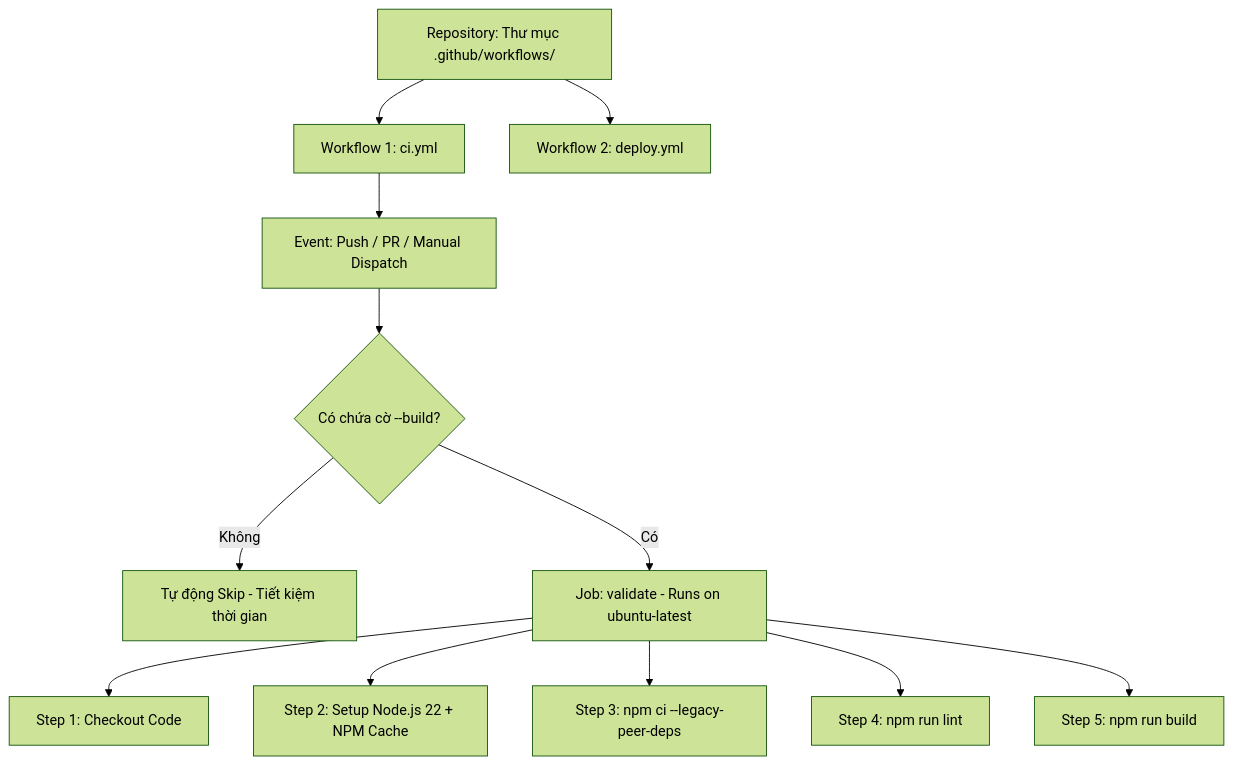
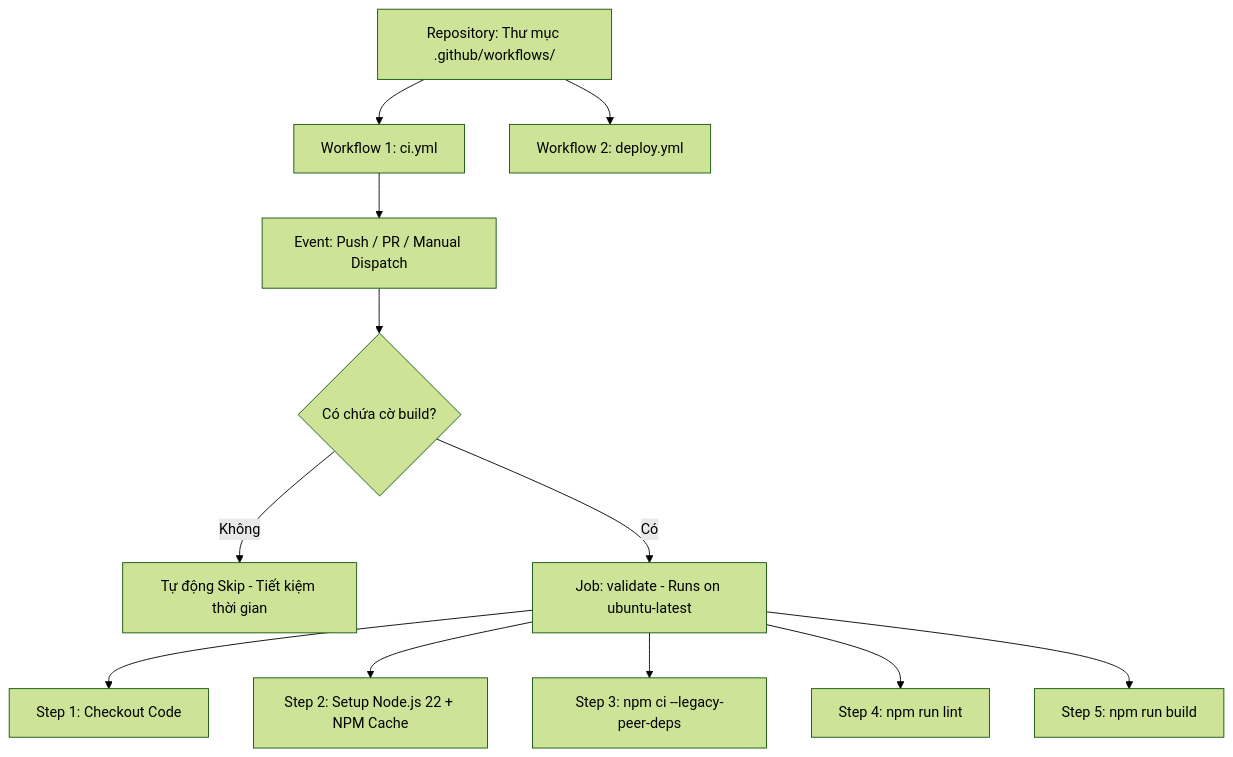
One commit to congphu97/dev-blog-client-2.0 changed the second of 4 diagrams in dev-blog-client/docs/CI_CD_GITHUB_ACTIONS.md. Above: the diagram before and after it, drawn with Mermaid (forest theme). The commit also changed other lines of this file and 1 other file, not shown here.

Commit message:
fix(docs): fix Mermaid diagram syntax errors in documentation

````diff
--- a/dev-blog-client/docs/CI_CD_GITHUB_ACTIONS.md
+++ b/dev-blog-client/docs/CI_CD_GITHUB_ACTIONS.md
@@ -56,16 +56,16 @@
 ```mermaid
 graph TD
-    A[Repository: Thư mục .github/workflows/] --> B[Workflow 1: ci.yml]
-    A --> C[Workflow 2: deploy.yml]
+    A["Repository: Thư mục .github/workflows/"] --> B["Workflow 1: ci.yml"]
+    A --> C["Workflow 2: deploy.yml"]
     
-    B --> D[Event: Push / PR / Manual Dispatch]
-    D --> E{Có chứa cờ --build?}
-    E -- Không --> F[Tự động Skip - Tiết kiệm thời gian]
-    E -- Có --> G[Job: validate - Runs on ubuntu-latest]
+    B --> D["Event: Push / PR / Manual Dispatch"]
+    D --> E{"Có chứa cờ build?"}
+    E -->|Không| F["Tự động Skip - Tiết kiệm thời gian"]
+    E -->|Có| G["Job: validate - Runs on ubuntu-latest"]
     
-    G --> H[Step 1: Checkout Code]
-    G --> I[Step 2: Setup Node.js 22 + NPM Cache]
-    G --> J[Step 3: npm ci --legacy-peer-deps]
-    G --> K[Step 4: npm run lint]
-    G --> L[Step 5: npm run build]
+    G --> H["Step 1: Checkout Code"]
+    G --> I["Step 2: Setup Node.js 22 + NPM Cache"]
+    G --> J["Step 3: npm ci --legacy-peer-deps"]
+    G --> K["Step 4: npm run lint"]
+    G --> L["Step 5: npm run build"]
 ```
````
